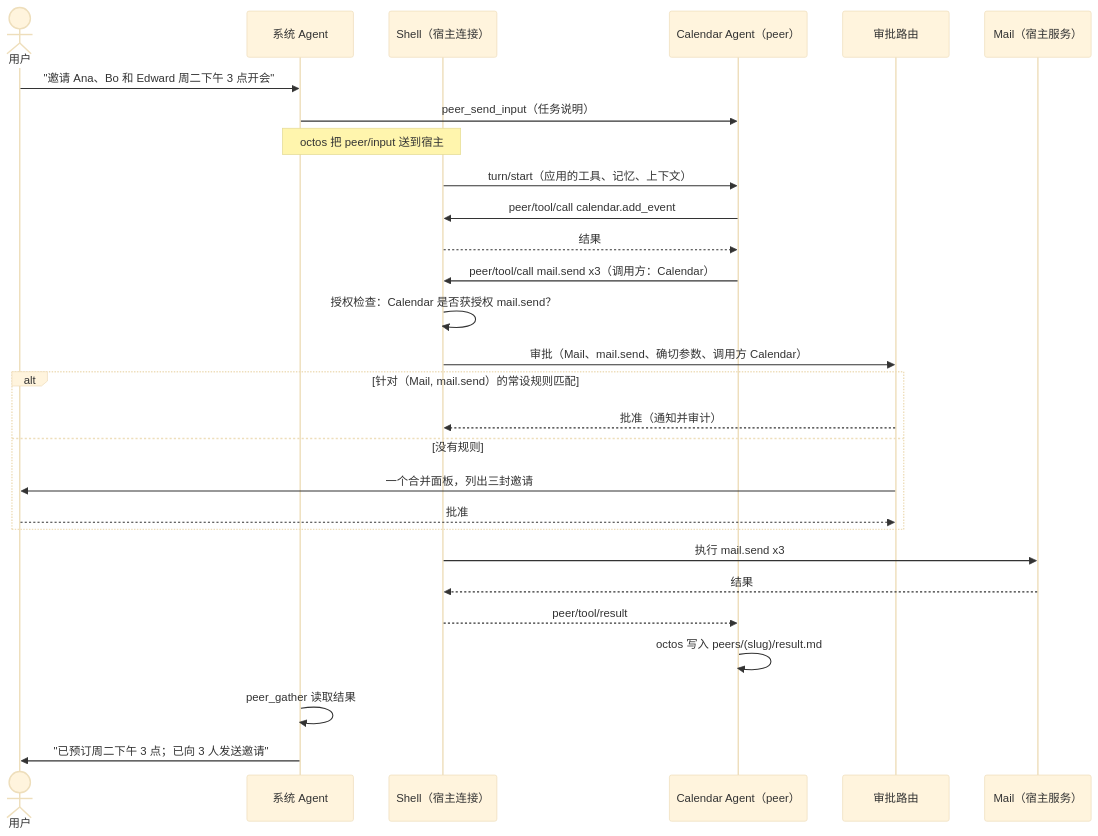
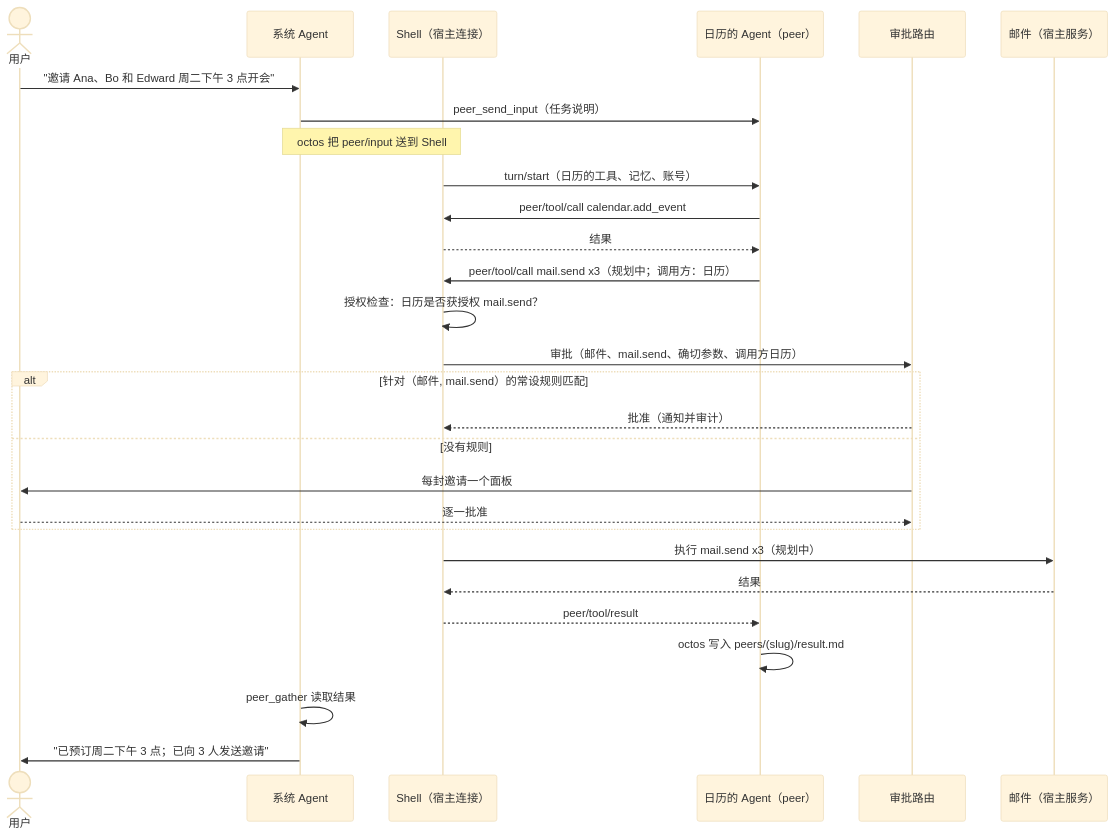
One commit to OctoSense-org/OctoSense changed the fifth of 5 diagrams in docs/architecture.zh-CN.md. Above: the diagram before and after it, drawn with Mermaid (base theme). The commit also changed other lines of this file and 12 other files, not shown here.

````diff
--- a/docs/architecture.zh-CN.md
+++ b/docs/architecture.zh-CN.md
@@ -414,30 +414,30 @@
 ```mermaid
 sequenceDiagram
   actor P as 用户
   participant S as 系统 Agent
   participant SH as Shell（宿主连接）
-  participant C as Calendar Agent（peer）
+  participant C as 日历的 Agent（peer）
   participant R as 审批路由
-  participant M as Mail（宿主服务）
+  participant M as 邮件（宿主服务）
   P->>S: "邀请 Ana、Bo 和 Edward 周二下午 3 点开会"
   S->>C: peer_send_input（任务说明）
-  Note over S,SH: octos 把 peer/input 送到宿主
-  SH->>C: turn/start（应用的工具、记忆、上下文）
+  Note over S,SH: octos 把 peer/input 送到 Shell
+  SH->>C: turn/start（日历的工具、记忆、账号）
   C->>SH: peer/tool/call calendar.add_event
   SH-->>C: 结果
-  C->>SH: peer/tool/call mail.send x3（调用方：Calendar）
-  SH->>SH: 授权检查：Calendar 是否获授权 mail.send？
-  SH->>R: 审批（Mail、mail.send、确切参数、调用方 Calendar）
-  alt 针对（Mail, mail.send）的常设规则匹配
+  C->>SH: peer/tool/call mail.send x3（规划中；调用方：日历）
+  SH->>SH: 授权检查：日历是否获授权 mail.send？
+  SH->>R: 审批（邮件、mail.send、确切参数、调用方日历）
+  alt 针对（邮件, mail.send）的常设规则匹配
     R-->>SH: 批准（通知并审计）
   else 没有规则
-    R->>P: 一个合并面板，列出三封邀请
-    P-->>R: 批准
+    R->>P: 每封邀请一个面板
+    P-->>R: 逐一批准
   end
-  SH->>M: 执行 mail.send x3
+  SH->>M: 执行 mail.send x3（规划中）
   M-->>SH: 结果
   SH-->>C: peer/tool/result
   C->>C: octos 写入 peers/(slug)/result.md
   S->>S: peer_gather 读取结果
   S->>P: "已预订周二下午 3 点；已向 3 人发送邀请"
 ```
````
